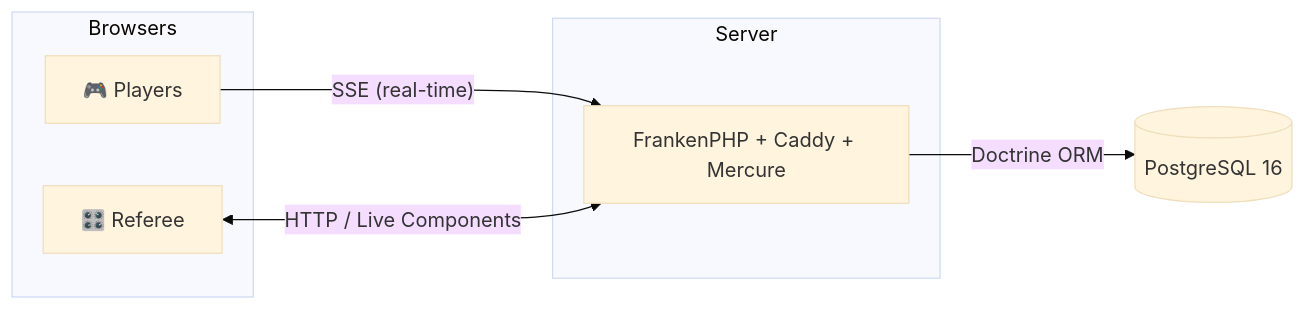
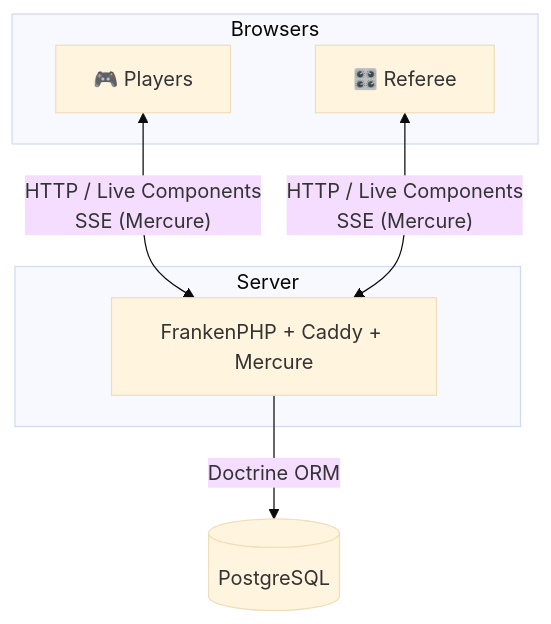
The first of 2 diagrams in README.md (Semche95/LethalBingo), drawn with Mermaid (base theme) before and after one commit. The commit also changed other lines of this file, not shown here.

````diff
--- a/README.md
+++ b/README.md
@@ -136,17 +72,17 @@
 ```mermaid
-flowchart LR
+flowchart TB
     subgraph Browsers
         J["🎮 Players"]
         A["🎛️ Referee"]
     end
 
     subgraph Server
         F["FrankenPHP + Caddy + Mercure"]
     end
 
-    DB[("PostgreSQL 16")]
+    DB[("PostgreSQL")]
 
-    J -- "SSE (real-time)" --> F
-    A -- "HTTP / Live Components" <--> F
+    J <-- "HTTP / Live Components<br/>SSE (Mercure)" --> F
+    A <-- "HTTP / Live Components<br/>SSE (Mercure)" --> F
     F -- "Doctrine ORM" --> DB
 ```
````
